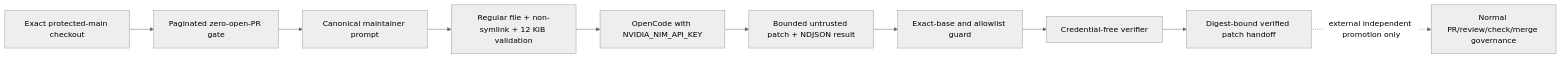
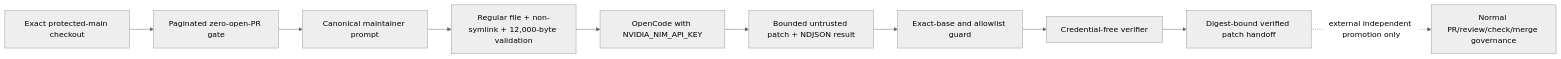
The fourth of 4 diagrams in docs/architecture/SYSTEM_ARCHITECTURE.md (ContextualWisdomLab/EgressWeave), drawn with Mermaid (neutral theme) before and after one commit. The commit also changed other lines of this file and 8 other files, not shown here.

````diff
--- a/docs/architecture/SYSTEM_ARCHITECTURE.md
+++ b/docs/architecture/SYSTEM_ARCHITECTURE.md
@@ -120,12 +120,12 @@
 ```mermaid
 flowchart LR
     checkout[Exact protected-main checkout] --> pr_gate[Paginated zero-open-PR gate]
     pr_gate --> prompt[Canonical maintainer prompt]
-    prompt --> prompt_guard[Regular file + non-symlink + 12 KiB validation]
+    prompt --> prompt_guard[Regular file + non-symlink + 12,000-byte validation]
     prompt_guard --> opencode[OpenCode with NVIDIA_NIM_API_KEY]
     opencode --> untrusted_patch[Bounded untrusted patch + NDJSON result]
     untrusted_patch --> handoff_guard[Exact-base and allowlist guard]
     handoff_guard --> verifier[Credential-free verifier]
     verifier --> sealed_patch[Digest-bound verified patch handoff]
     sealed_patch -. external independent promotion only .-> protected_governance[Normal PR/review/check/merge governance]
 ```
````
